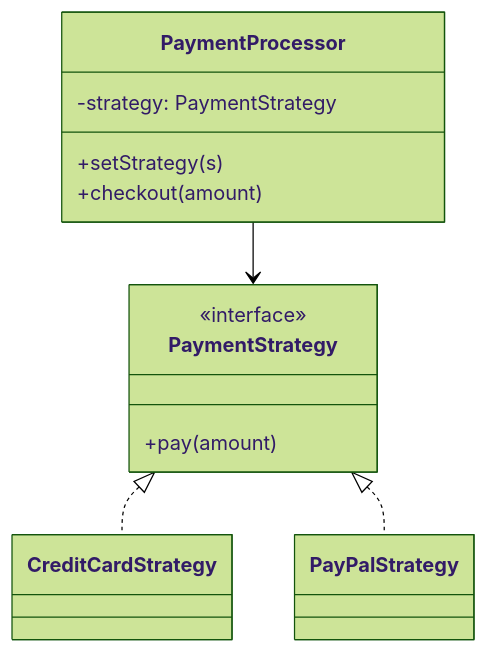
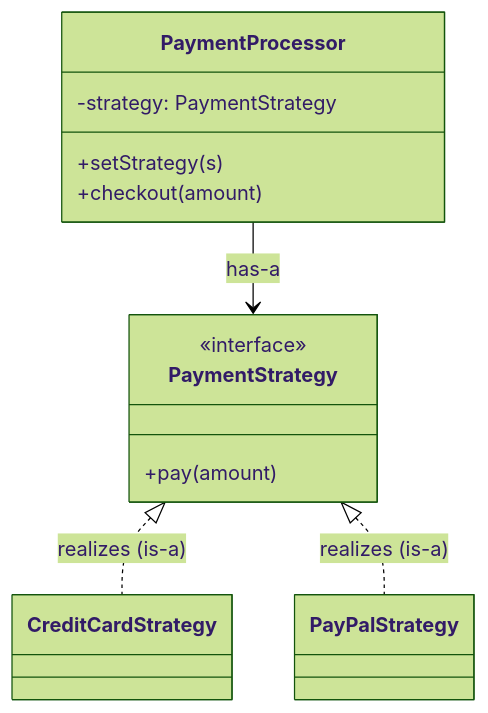
One commit to jeff-adkisson/swe-4743-spring-2026-oo-design changed the seventh of 18 diagrams in exam-prep/exam1-study-guide.md. Above: the diagram before and after it, drawn with Mermaid (forest theme). The commit also changed other lines of this file, not shown here.

````diff
--- a/exam-prep/exam1-study-guide.md
+++ b/exam-prep/exam1-study-guide.md
@@ -348,22 +351,22 @@
 ```mermaid
 classDiagram
 direction TB
 
 class PaymentProcessor {
   -strategy: PaymentStrategy
   +setStrategy(s)
   +checkout(amount)
 }
 
 class PaymentStrategy {
   +pay(amount)
 }
 <<interface>> PaymentStrategy
 
 class CreditCardStrategy
 class PayPalStrategy
 
-PaymentProcessor --> PaymentStrategy
-PaymentStrategy <|.. CreditCardStrategy
-PaymentStrategy <|.. PayPalStrategy
+PaymentProcessor --> PaymentStrategy : has-a
+PaymentStrategy <|.. CreditCardStrategy : realizes (is-a)
+PaymentStrategy <|.. PayPalStrategy : realizes (is-a)
 ```
````
